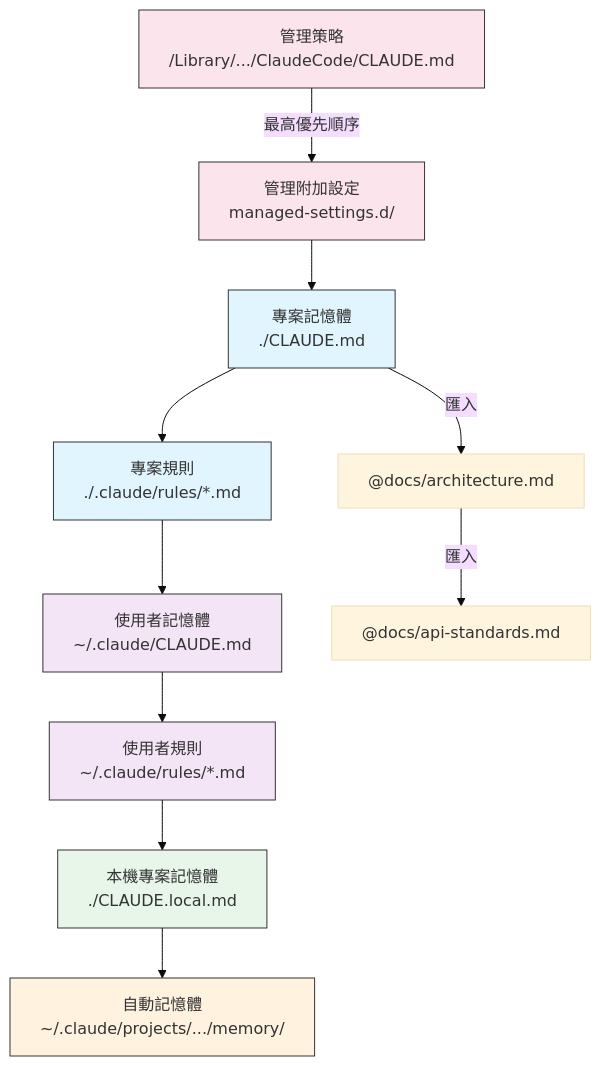
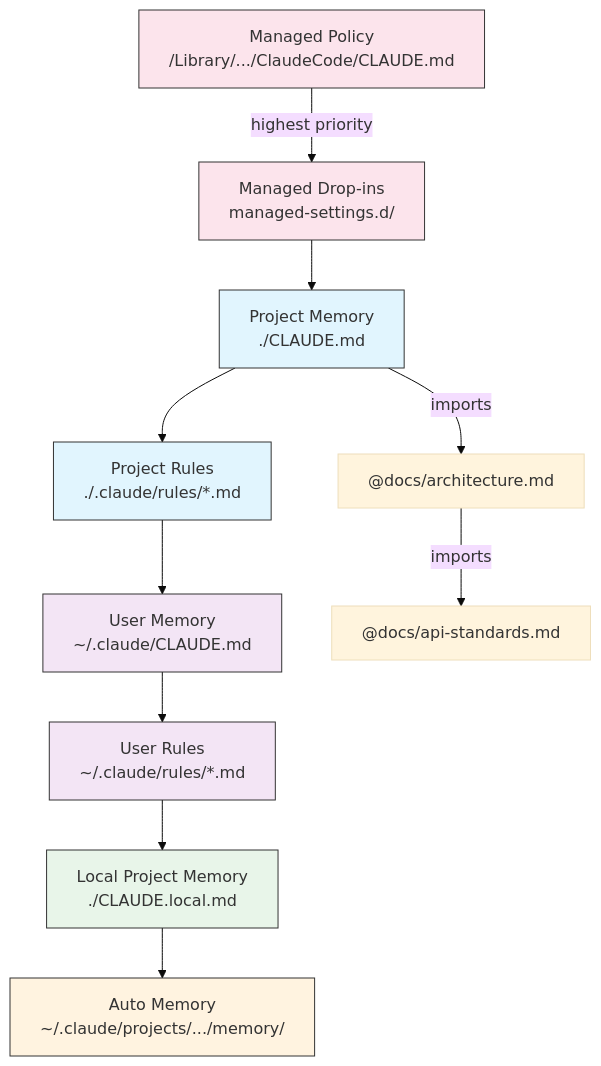
Before and after one commit to huckly/claude-howto-zh-tw: the second of 4 diagrams in 02-memory/README.md, drawn with Mermaid (base theme). The commit also changed other lines of this file, not shown here.

Commit message:
章節 02：Memory（記憶）— 同步 v2.1.110

````diff
--- a/02-memory/README.md
+++ b/02-memory/README.md
@@ -244,22 +249,22 @@
 ```mermaid
 graph TD
-    A["管理策略<br/>/Library/.../ClaudeCode/CLAUDE.md"] -->|最高優先順序| A2["管理附加設定<br/>managed-settings.d/"]
-    A2 --> B["專案記憶體<br/>./CLAUDE.md"]
-    B --> C["專案規則<br/>./.claude/rules/*.md"]
-    C --> D["使用者記憶體<br/>~/.claude/CLAUDE.md"]
-    D --> E["使用者規則<br/>~/.claude/rules/*.md"]
-    E --> F["本機專案記憶體<br/>./CLAUDE.local.md"]
-    F --> G["自動記憶體<br/>~/.claude/projects/.../memory/"]
+    A["Managed Policy<br/>/Library/.../ClaudeCode/CLAUDE.md"] -->|highest priority| A2["Managed Drop-ins<br/>managed-settings.d/"]
+    A2 --> B["Project Memory<br/>./CLAUDE.md"]
+    B --> C["Project Rules<br/>./.claude/rules/*.md"]
+    C --> D["User Memory<br/>~/.claude/CLAUDE.md"]
+    D --> E["User Rules<br/>~/.claude/rules/*.md"]
+    E --> F["Local Project Memory<br/>./CLAUDE.local.md"]
+    F --> G["Auto Memory<br/>~/.claude/projects/.../memory/"]
 
-    B -->|匯入| H["@docs/architecture.md"]
-    H -->|匯入| I["@docs/api-standards.md"]
+    B -->|imports| H["@docs/architecture.md"]
+    H -->|imports| I["@docs/api-standards.md"]
 
     style A fill:#fce4ec,stroke:#333,color:#333
     style A2 fill:#fce4ec,stroke:#333,color:#333
     style B fill:#e1f5fe,stroke:#333,color:#333
     style C fill:#e1f5fe,stroke:#333,color:#333
     style D fill:#f3e5f5,stroke:#333,color:#333
     style E fill:#f3e5f5,stroke:#333,color:#333
     style F fill:#e8f5e9,stroke:#333,color:#333
     style G fill:#fff3e0,stroke:#333,color:#333
 ```
````
